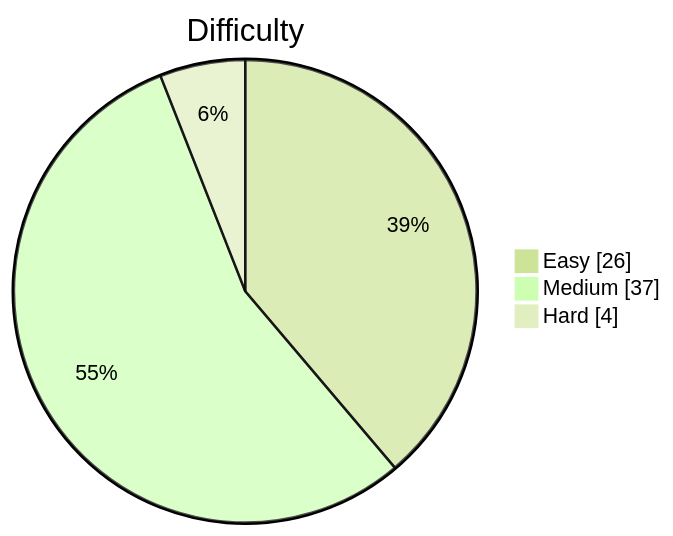
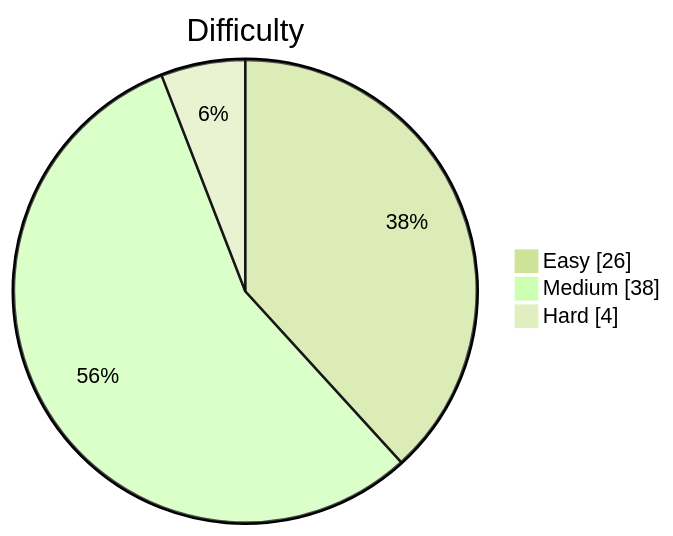
One commit to kevstevie/python-algo-practice changed the diagram in README.md. Above: the diagram before and after it, drawn with Mermaid (forest theme). The commit also changed other lines of this file, not shown here.

````diff
--- a/README.md
+++ b/README.md
@@ -13,7 +13,7 @@
 ```mermaid
 pie showData
     title Difficulty
     "Easy"   : 26
-    "Medium" : 37
+    "Medium" : 38
     "Hard"   : 4
 ```
````
